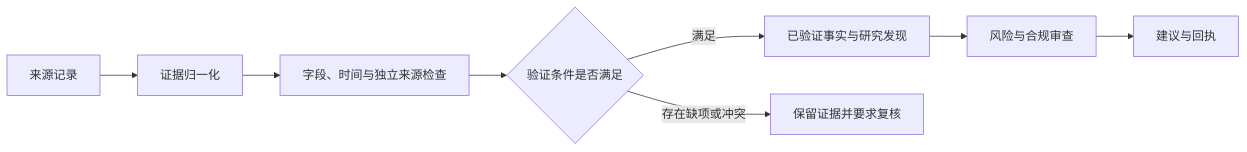
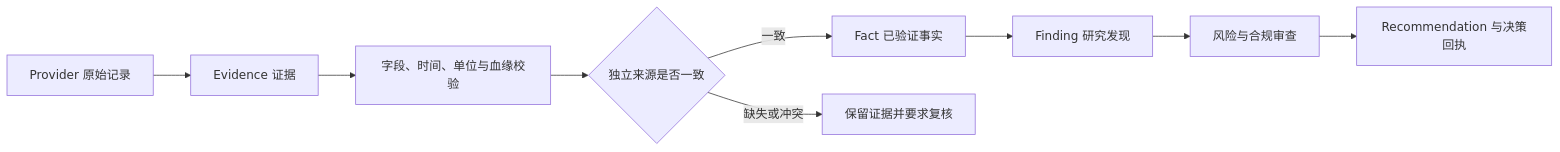
One commit to 1917173927/prism changed the fifth of 6 diagrams in docs/submission/competition-technical-solution.md. Above: the diagram before and after it, drawn with Mermaid. The commit also changed other lines of this file and 2 other files, not shown here.

````diff
--- a/docs/submission/competition-technical-solution.md
+++ b/docs/submission/competition-technical-solution.md
@@ -320,10 +363,11 @@
 ```mermaid
 flowchart LR
-    A[来源记录] --> B[证据归一化]
-    B --> C[字段、时间与独立来源检查]
-    C --> D{验证条件是否满足}
-    D -->|满足| E[已验证事实与研究发现]
-    D -->|存在缺项或冲突| F[保留证据并要求复核]
-    E --> G[风险与合规审查]
-    G --> H[建议与回执]
+    A[Provider 原始记录] --> B[Evidence 证据]
+    B --> C[字段、时间、单位与血缘校验]
+    C --> D{独立来源是否一致}
+    D -->|一致| E[Fact 已验证事实]
+    D -->|缺失或冲突| F[保留证据并要求复核]
+    E --> G[Finding 研究发现]
+    G --> H[风险与合规审查]
+    H --> I[Recommendation 与决策回执]
 ```
````
